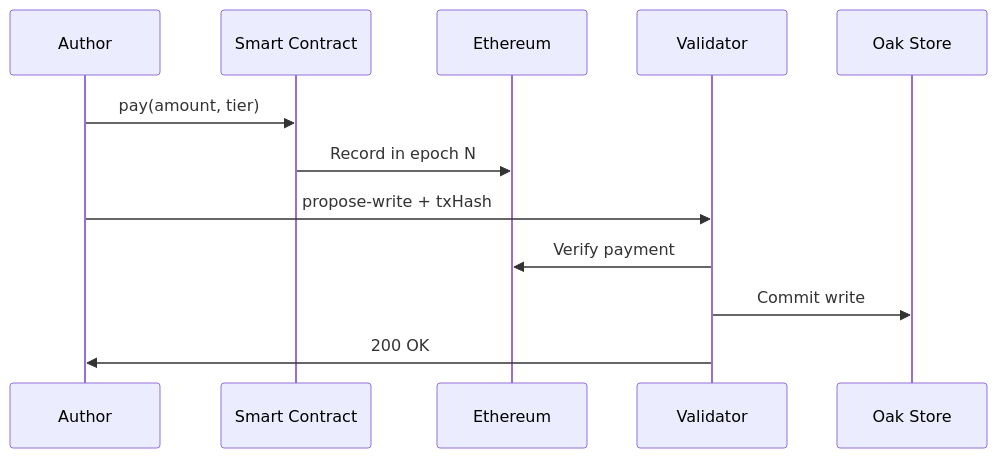
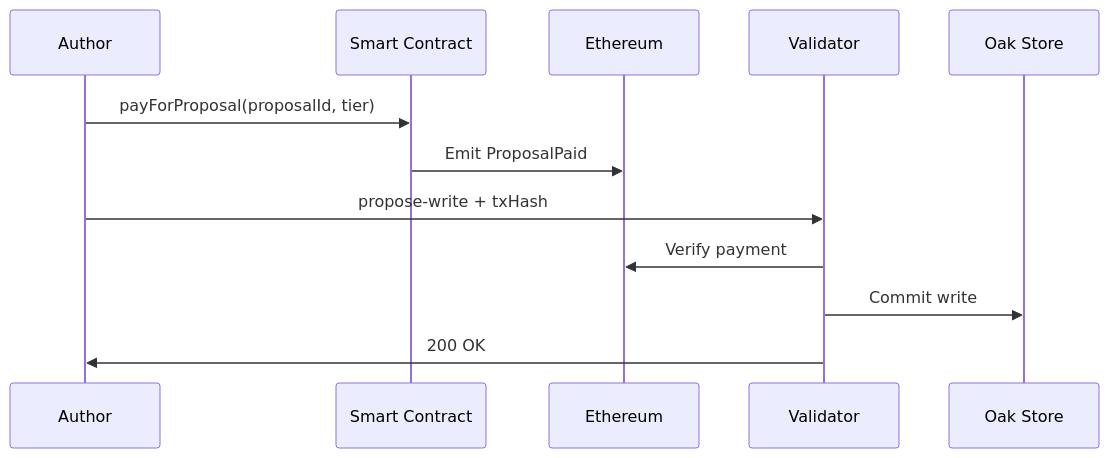
The diagram in guide/economics.md (somarc/oak-chain-docs), drawn with Mermaid before and after one commit. The commit also changed other lines of this file and 5 other files, not shown here.

````diff
--- a/guide/economics.md
+++ b/guide/economics.md
@@ -34,15 +36,15 @@
 ```mermaid
 sequenceDiagram
     participant A as Author
     participant SC as Smart Contract
     participant ETH as Ethereum
     participant V as Validator
     participant Oak as Oak Store
     
-    A->>SC: pay(amount, tier)
-    SC->>ETH: Record in epoch N
+    A->>SC: payForProposal(proposalId, tier)
+    SC->>ETH: Emit ProposalPaid
     A->>V: propose-write + txHash
     V->>ETH: Verify payment
     V->>Oak: Commit write
     V->>A: 200 OK
 ```
````
